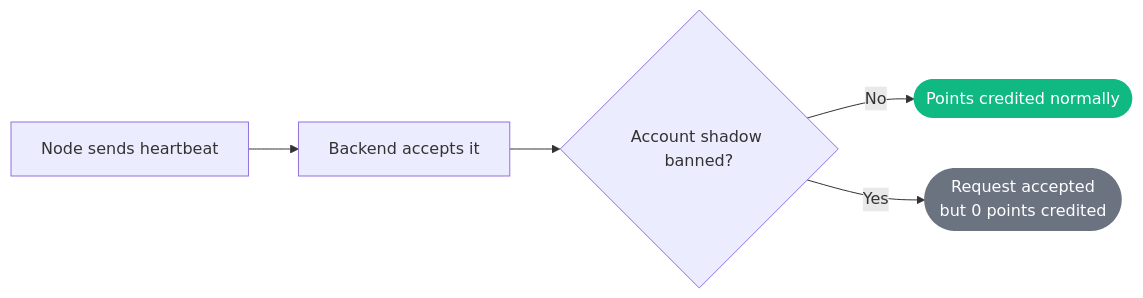
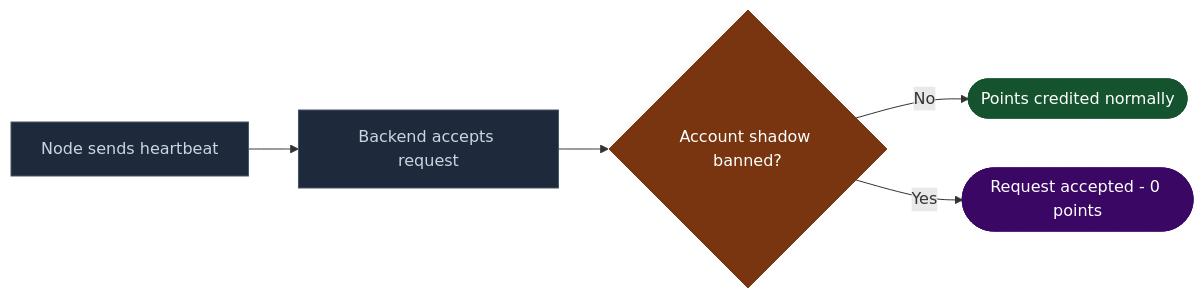
The second of 2 diagrams in anti-cheat.md (Nexora-Node/Docs), drawn with Mermaid before and after one commit. The commit also changed other lines of this file and 5 other files, not shown here.

Commit message:
docs: fix diagram bugs, unify color palette, remove bidirectional arrows

````diff
--- a/anti-cheat.md
+++ b/anti-cheat.md
@@ -76,10 +82,13 @@
 ```mermaid
 flowchart LR
-    A[Node sends heartbeat] --> B[Backend accepts it]
+    A[Node sends heartbeat] --> B[Backend accepts request]
     B --> C{Account shadow banned?}
     C -->|No| D([Points credited normally])
-    C -->|Yes| E([Request accepted\nbut 0 points credited])
+    C -->|Yes| E([Request accepted - 0 points])
 
-    style D fill:#10b981,color:#fff,stroke:none
-    style E fill:#6b7280,color:#fff,stroke:none
+    style A fill:#1e293b,stroke:#475569,color:#cbd5e1
+    style B fill:#1e293b,stroke:#475569,color:#cbd5e1
+    style C fill:#78350f,stroke:#78350f,color:#fff
+    style D fill:#14532d,stroke:#14532d,color:#fff
+    style E fill:#3b0764,stroke:#3b0764,color:#fff
 ```
````
